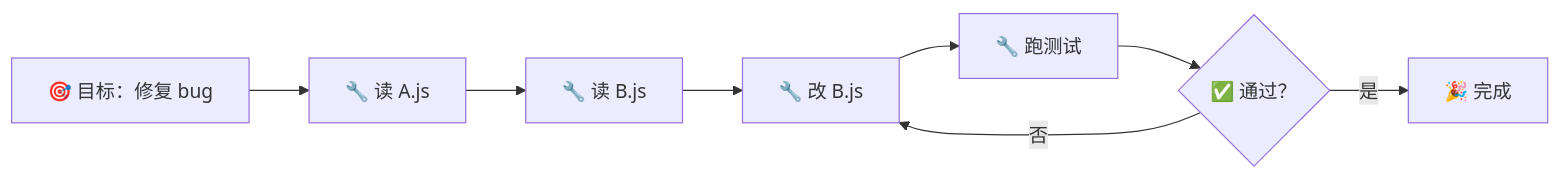
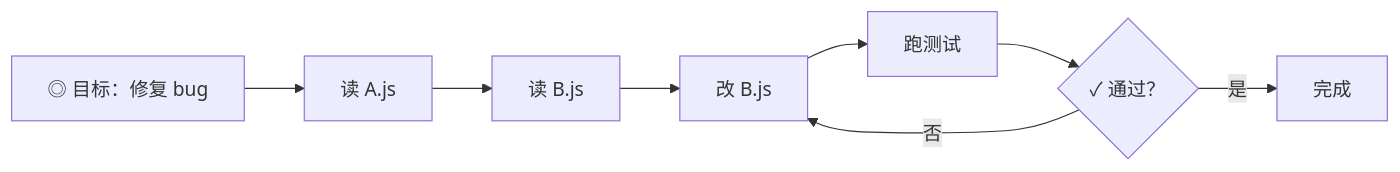
One commit to luckykhy/KhyAiHub changed the seventh of 7 diagrams in docs/02_CONCEPTS_概念入门/CONCEPT/[CONCEPT-02] 什么是ToolCalling-工具调用.md. Above: the diagram before and after it, drawn with Mermaid. The commit also changed other lines of this file and 19 other files, not shown here.

````diff
--- a/docs/02_CONCEPTS_概念入门/CONCEPT/[CONCEPT-02] 什么是ToolCalling-工具调用.md
+++ b/docs/02_CONCEPTS_概念入门/CONCEPT/[CONCEPT-02] 什么是ToolCalling-工具调用.md
@@ -361,10 +361,10 @@
 ```mermaid
 flowchart LR
-  S["🎯 目标：修复 bug"] --> T1["🔧 读 A.js"]
-  T1 --> T2["🔧 读 B.js"]
-  T2 --> T3["🔧 改 B.js"]
-  T3 --> T4["🔧 跑测试"]
-  T4 --> T5{"✅ 通过？"}
+  S["◎ 目标：修复 bug"] --> T1["读 A.js"]
+  T1 --> T2["读 B.js"]
+  T2 --> T3["改 B.js"]
+  T3 --> T4["跑测试"]
+  T4 --> T5{"✓ 通过？"}
   T5 -- "否" --> T3
-  T5 -- "是" --> DONE["🎉 完成"]
+  T5 -- "是" --> DONE["完成"]
 ```
````
